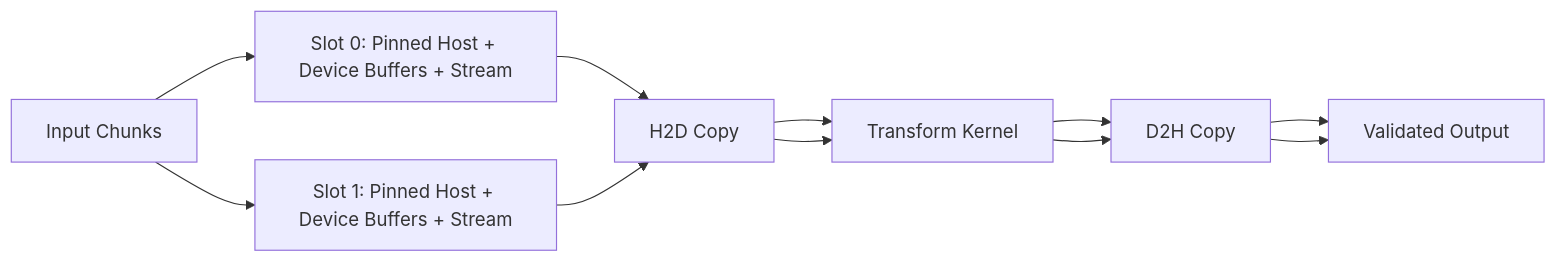
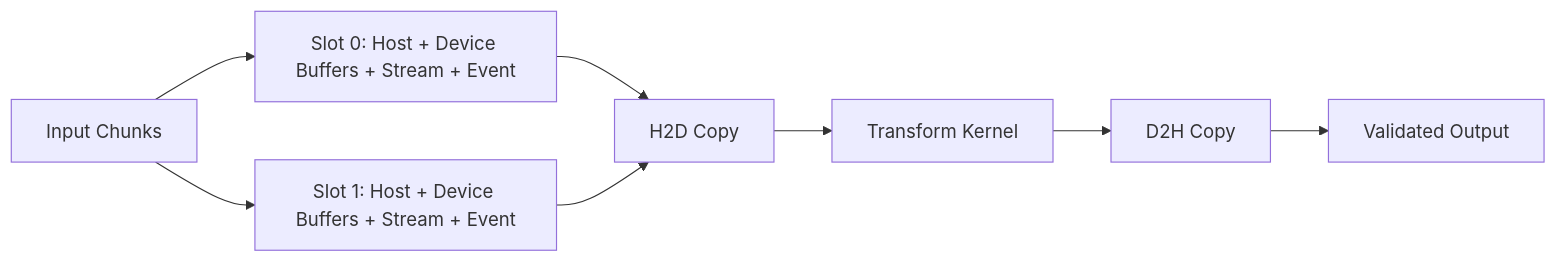
One commit to jithinpnjm/nvidia-devops changed the diagram in docs/nvidia-zero-to-hero/volume-03/labs/lab-03-build-an-overlapped-cuda-pipeline.md. Above: the diagram before and after it, drawn with Mermaid. The commit also changed other lines of this file, not shown here.

````diff
--- a/docs/nvidia-zero-to-hero/volume-03/labs/lab-03-build-an-overlapped-cuda-pipeline.md
+++ b/docs/nvidia-zero-to-hero/volume-03/labs/lab-03-build-an-overlapped-cuda-pipeline.md
@@ -52,15 +49,13 @@
 ```mermaid
 flowchart LR
     Input[Input Chunks]
-    Slot0[Slot 0: Pinned Host + Device Buffers + Stream]
-    Slot1[Slot 1: Pinned Host + Device Buffers + Stream]
-    Copy[H2D Copy]
+    Slot0[Slot 0: Host + Device Buffers + Stream + Event]
+    Slot1[Slot 1: Host + Device Buffers + Stream + Event]
+    H2D[H2D Copy]
     Kernel[Transform Kernel]
-    Return[D2H Copy]
+    D2H[D2H Copy]
     Output[Validated Output]
 
-    Input --> Slot0
-    Input --> Slot1
-    Slot0 --> Copy --> Kernel --> Return --> Output
-    Slot1 --> Copy --> Kernel --> Return --> Output
+    Input --> Slot0 --> H2D --> Kernel --> D2H --> Output
+    Input --> Slot1 --> H2D
 ```
````
